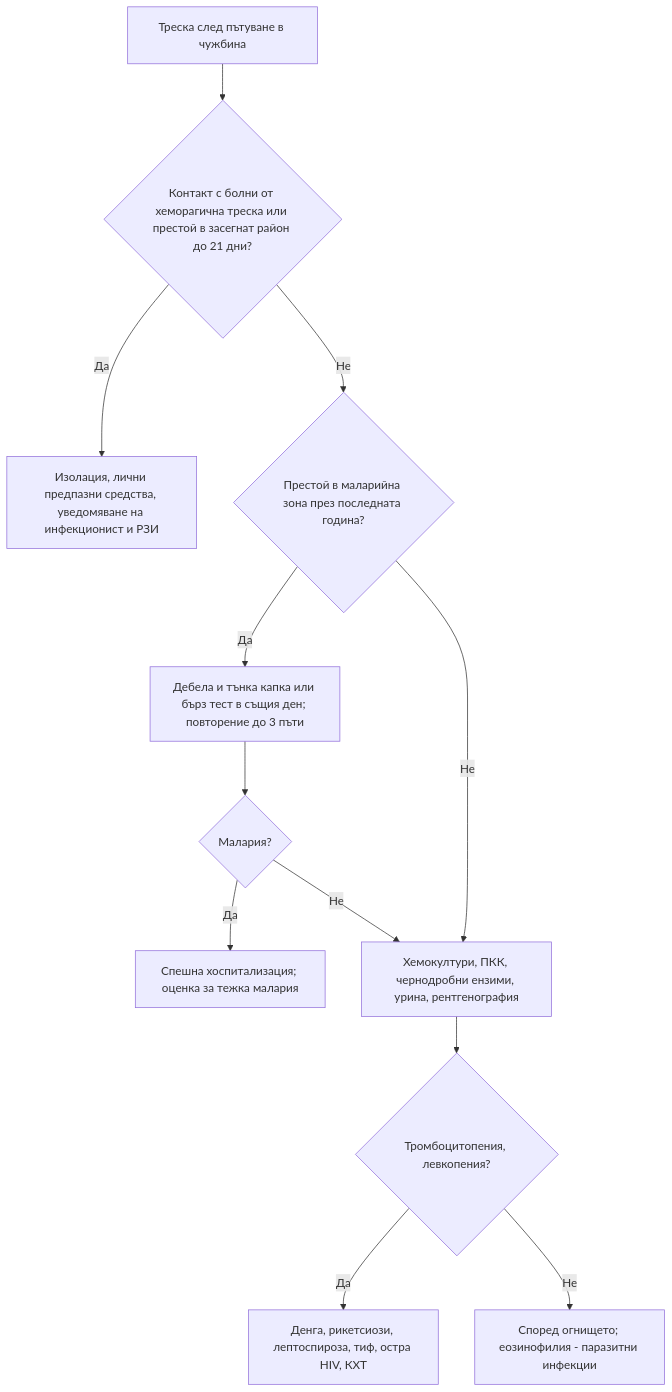
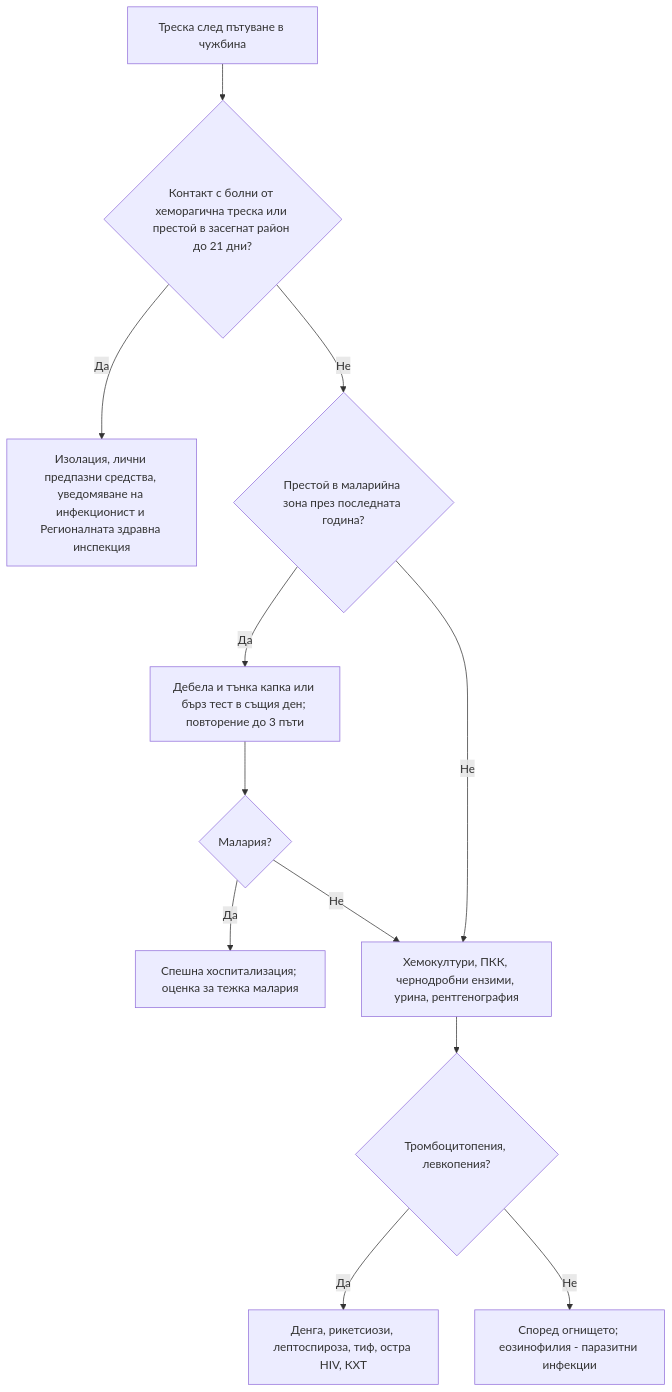
Before and after one commit to yancho26/yancho: the diagram in glavi/80-patuvane-imunosupresia.md, drawn with Mermaid. The commit also changed other lines of this file and 46 other files, not shown here.

````diff
--- a/glavi/80-patuvane-imunosupresia.md
+++ b/glavi/80-patuvane-imunosupresia.md
@@ -185,14 +185,14 @@
 ```mermaid
 flowchart TD
     A["Треска след пътуване в чужбина"] --> B{"Контакт с болни от хеморагична треска или престой в засегнат район до 21 дни?"}
-    B -->|Да| C["Изолация, лични предпазни средства, уведомяване на инфекционист и РЗИ"]
+    B -->|Да| C["Изолация, лични предпазни средства, уведомяване на инфекционист и Регионалната здравна инспекция"]
     B -->|Не| D{"Престой в маларийна зона през последната година?"}
     D -->|Да| E["Дебела и тънка капка или бърз тест в същия ден; повторение до 3 пъти"]
     E --> F{"Малария?"}
     F -->|Да| G["Спешна хоспитализация; оценка за тежка малария"]
     F -->|Не| H["Хемокултури, ПКК, чернодробни ензими, урина, рентгенография"]
     D -->|Не| H
     H --> I{"Тромбоцитопения, левкопения?"}
     I -->|Да| J["Денга, рикетсиози, лептоспироза, тиф, остра HIV, КХТ"]
     I -->|Не| K["Според огнището; еозинофилия - паразитни инфекции"]
 ```
````
